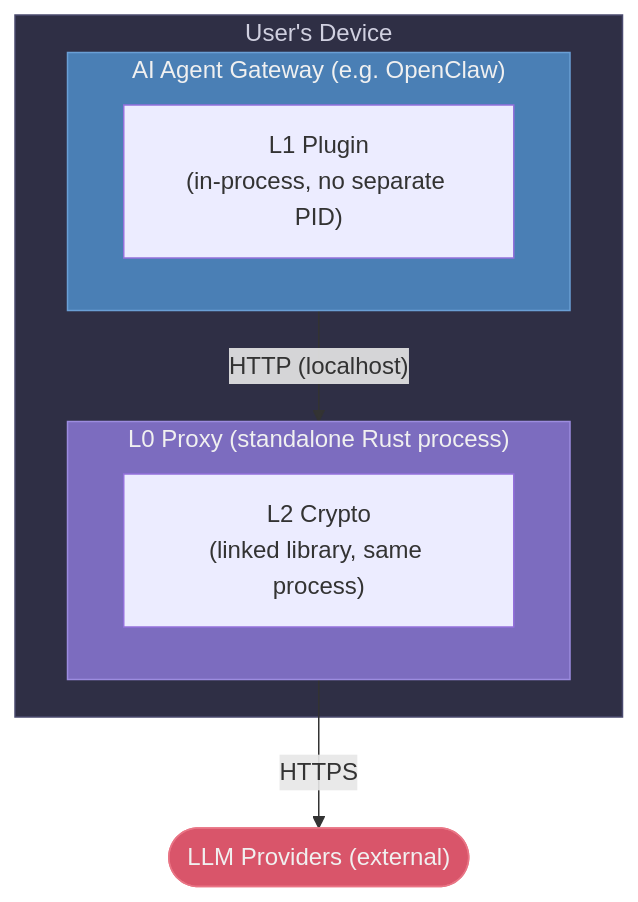
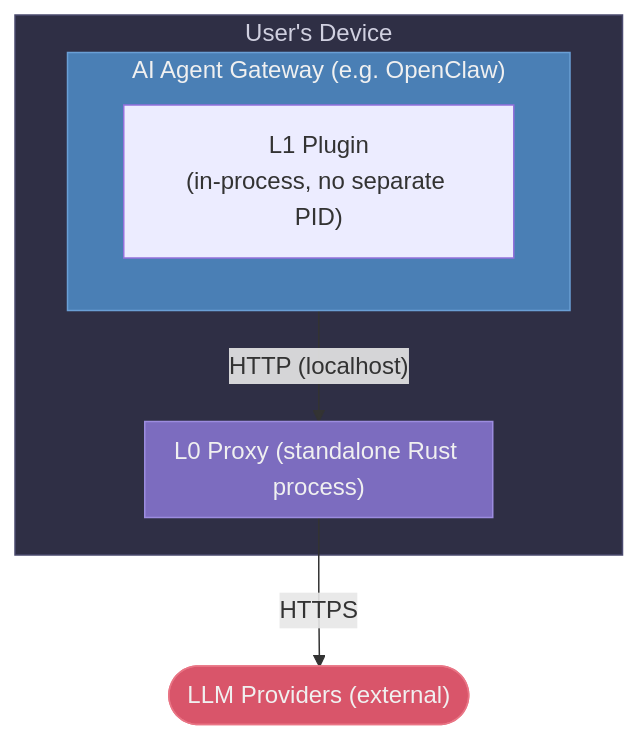
Before and after one commit to OpenObscure/OpenObscure: the first of 14 diagrams in ARCHITECTURE.md, drawn with Mermaid. The commit also changed other lines of this file and 54 other files, not shown here.

````diff
--- a/ARCHITECTURE.md
+++ b/ARCHITECTURE.md
@@ -20,18 +19,17 @@
 ```mermaid
 flowchart TB
     subgraph device ["User's Device"]
         subgraph gateway ["AI Agent Gateway (e.g. OpenClaw)"]
             L1["L1 Plugin<br>(in-process, no separate PID)"]
         end
         subgraph l0proc ["L0 Proxy (standalone Rust process)"]
-            L2["L2 Crypto<br>(linked library, same process)"]
         end
         gateway -- "HTTP (localhost)" --> l0proc
     end
     l0proc -- "HTTPS" --> llm(["LLM Providers (external)"])
 
     style device fill:#2f2f45,stroke:#4a4a6e,color:#d0d0e0
     style gateway fill:#4a7fb5,stroke:#6a9fd5,color:#f0f0f0
     style l0proc fill:#7c6cbf,stroke:#9c8cdf,color:#f0f0f0
     style llm fill:#d9556a,stroke:#e97585,color:#f0f0f0
 ```
````
